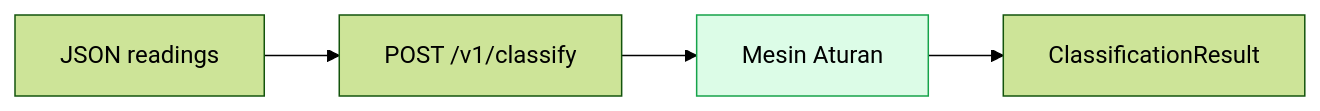
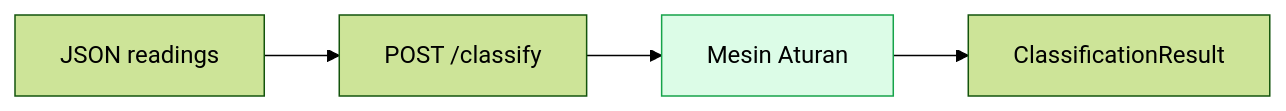
Before and after one commit to edo-z/classify-pump-failure: the diagram in App/service/classification/docs/01-overview.md, drawn with Mermaid (forest theme). The commit also changed other lines of this file and 25 other files, not shown here.

First line of the commit message:
Refactor classification API endpoint from /v1/classify to /classify

````diff
--- a/App/service/classification/docs/01-overview.md
+++ b/App/service/classification/docs/01-overview.md
@@ -22,9 +22,9 @@
 ```mermaid
 flowchart LR
-    JSON[JSON readings] --> V1[POST /v1/classify]
-    V1 --> Engine[Mesin Aturan]
+    JSON[JSON readings] --> API[POST /classify]
+    API --> Engine[Mesin Aturan]
     Engine --> Resp[ClassificationResult]
 
     classDef pure fill:#dcfce7,stroke:#16a34a
     class Engine pure
 ```
````
